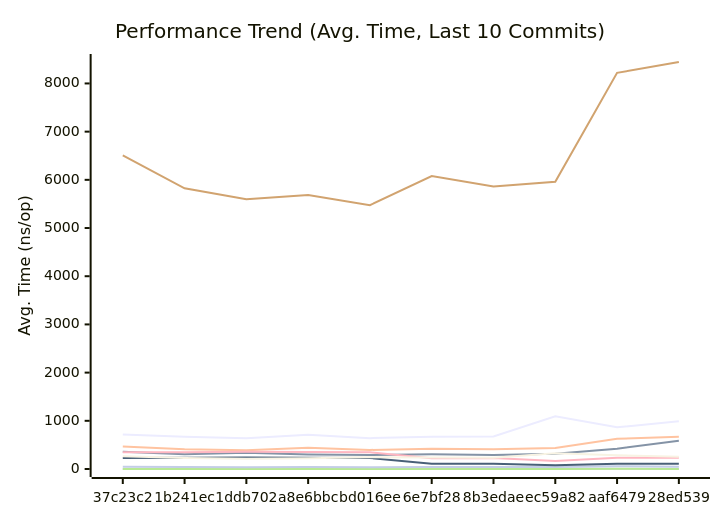
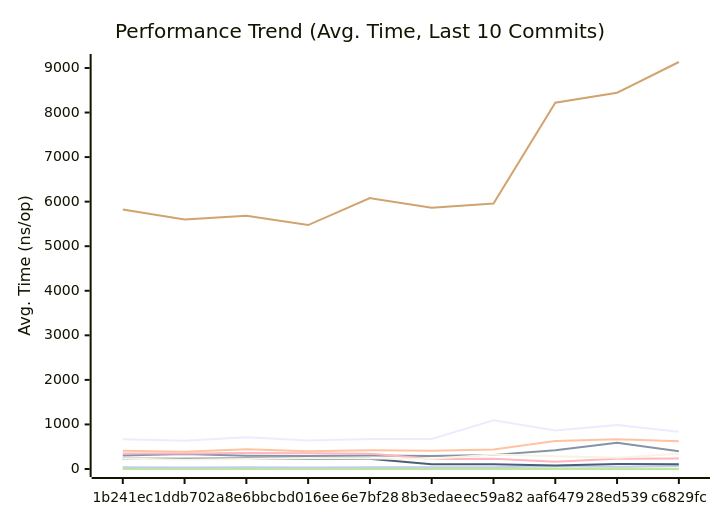
The first of 3 diagrams in docs/PERFORMANCE.md (alsotoes/momo), drawn with Mermaid before and after one commit. The commit also changed other lines of this file and 11 other files, not shown here.

````diff
--- a/docs/PERFORMANCE.md
+++ b/docs/PERFORMANCE.md
@@ -128,18 +128,18 @@
 ```mermaid
 xychart-beta
     title "Performance Trend (Avg. Time, Last 10 Commits)"
     x-axis "Commit"
     y-axis "Avg. Time (ns/op)"
-    x-axis [37c23c2,1b241ec,1ddb702,a8e6bbc,bd016ee,6e7bf28,8b3edae,ec59a82,aaf6479,28ed539]
-    line "CheckMetricsAndSwap" [7,7,7,9,8,8,8,10,11,9]
-    line "CrushOptimized" [356,305,338,300,289,304,293,317,420,587]
-    line "CrushOriginal" [469,409,387,443,396,419,409,436,627,667]
-    line "IndexDirectTracking" [0,0,0,0,0,0,0,0,1,0]
-    line "IndexSearch" [2,2,1,2,2,2,2,2,3,2]
-    line "LoadGlobalConfig" [6507,5825,5598,5683,5474,6080,5863,5958,8220,8445]
-    line "PadString" [47,39,36,39,36,39,39,41,59,49]
+    x-axis [1b241ec,1ddb702,a8e6bbc,bd016ee,6e7bf28,8b3edae,ec59a82,aaf6479,28ed539,c6829fc]
+    line "CheckMetricsAndSwap" [7,7,9,8,8,8,10,11,9,9]
+    line "CrushOptimized" [305,338,300,289,304,293,317,420,587,396]
+    line "CrushOriginal" [409,387,443,396,419,409,436,627,667,620]
+    line "IndexDirectTracking" [0,0,0,0,0,0,0,1,0,0]
+    line "IndexSearch" [2,1,2,2,2,2,2,3,2,2]
+    line "LoadGlobalConfig" [5825,5598,5683,5474,6080,5863,5958,8220,8445,9134]
+    line "PadString" [39,36,39,36,39,39,41,59,49,67]
     line "ParseReplicationOrder_NoPrealloc" [350,349,357,354,345,225,229,165,232,234]
     line "ParseReplicationOrder_Prealloc" [229,231,237,234,229,108,107,80,110,109]
-    line "SanitizeLog/Safe" [266,229,212,222,245,238,231,326,287,252]
-    line "SanitizeLog/Unsafe" [714,667,636,710,640,671,675,1095,866,989]
+    line "SanitizeLog/Safe" [229,212,222,245,238,231,326,287,252,342]
+    line "SanitizeLog/Unsafe" [667,636,710,640,671,675,1095,866,989,838]
 ```
````
